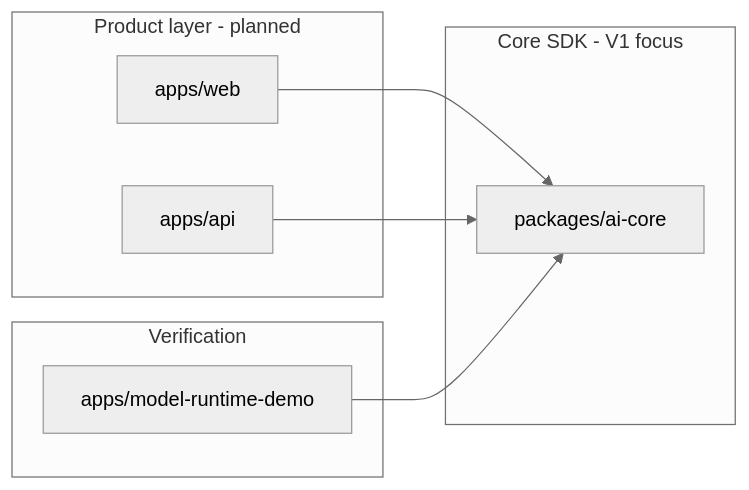
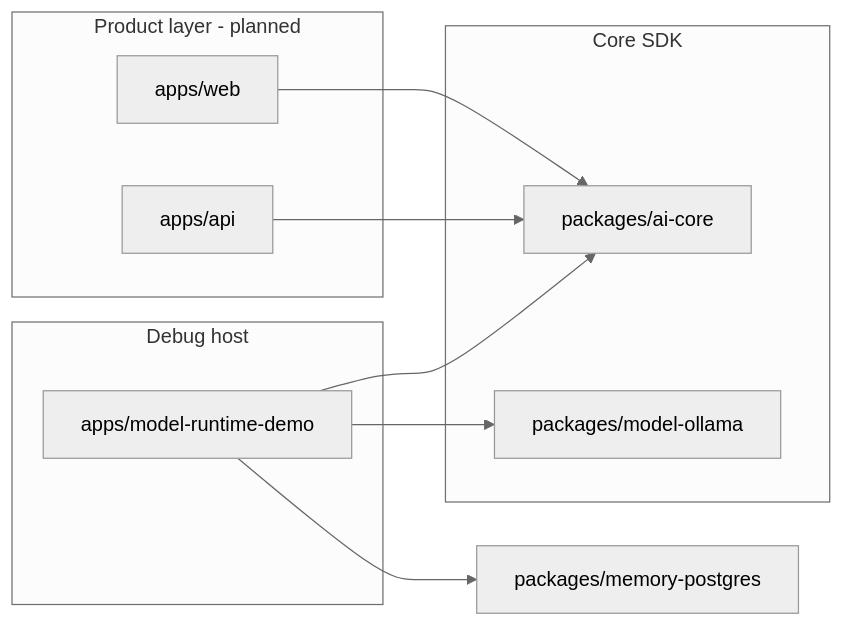
Before and after one commit to KRISACHAN/ying-ai: the diagram in README.md, drawn with Mermaid (neutral theme). The commit also changed other lines of this file and 7 other files, not shown here.

````diff
--- a/README.md
+++ b/README.md
@@ -26,16 +28,19 @@
 ```mermaid
 flowchart LR
   subgraph product [Product layer - planned]
     Web[apps/web]
     API[apps/api]
   end
-  subgraph core [Core SDK - V1 focus]
+  subgraph core [Core SDK]
     AiCore[packages/ai-core]
+    Ollama[packages/model-ollama]
   end
-  subgraph debug [Verification]
+  subgraph debug [Debug host]
     Demo[apps/model-runtime-demo]
   end
   Web --> AiCore
   API --> AiCore
   Demo --> AiCore
+  Demo --> Ollama
+  Demo --> MemoryPostgres[packages/memory-postgres]
 ```
````
